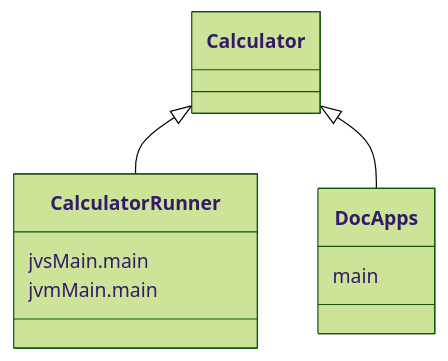
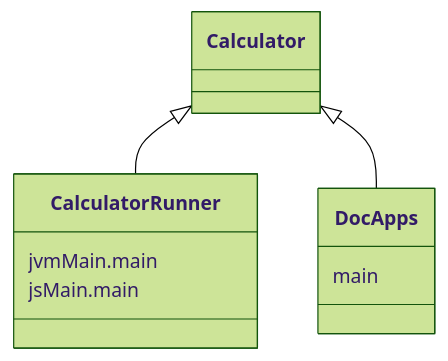
One commit to nacular/doodle-tutorials changed the diagram in site/docs/calculator.mdx. Above: the diagram before and after it, drawn with Mermaid (forest theme). The commit also changed 43 other files, not shown here.

````diff
--- a/site/docs/calculator.mdx
+++ b/site/docs/calculator.mdx
@@ -39,8 +39,8 @@
 ```mermaid
  classDiagram
       Calculator <|-- CalculatorRunner
       Calculator <|-- DocApps
-      CalculatorRunner: jvsMain.main
       CalculatorRunner: jvmMain.main
+      CalculatorRunner: jsMain.main
       DocApps         : main
 ```
````
